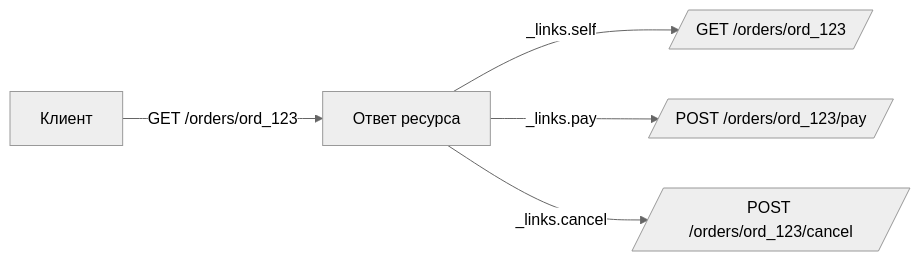
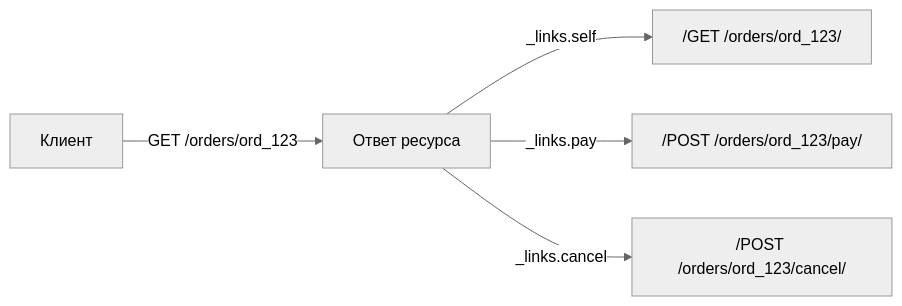
Before and after one commit to DDoSKudya/ai-study-atlas: the diagram in directions/architecture/pact/15_backend_rest_api_resursy_metody_versionirovanie/01_15_1_rest_resursy_uri_i_operatsii.md, drawn with Mermaid (neutral theme). The commit also changed 322 other files, not shown here.

Commit message:
fix(docs): make mermaid diagrams GitHub-compatible across directions content

````diff
--- a/directions/architecture/pact/15_backend_rest_api_resursy_metody_versionirovanie/01_15_1_rest_resursy_uri_i_operatsii.md
+++ b/directions/architecture/pact/15_backend_rest_api_resursy_metody_versionirovanie/01_15_1_rest_resursy_uri_i_operatsii.md
@@ -121,7 +121,7 @@
 ```mermaid
 flowchart LR
-  C[Клиент] -->|GET /orders/ord_123| O[Ответ ресурса]
-  O -->|_links.self| R1[/GET /orders/ord_123/]
-  O -->|_links.pay| R2[/POST /orders/ord_123/pay/]
-  O -->|_links.cancel| R3[/POST /orders/ord_123/cancel/]
+  C["Клиент"] -->|GET /orders/ord_123| O["Ответ ресурса"]
+  O -->|_links.self| R1["/GET /orders/ord_123/"]
+  O -->|_links.pay| R2["/POST /orders/ord_123/pay/"]
+  O -->|_links.cancel| R3["/POST /orders/ord_123/cancel/"]
 ```
````
